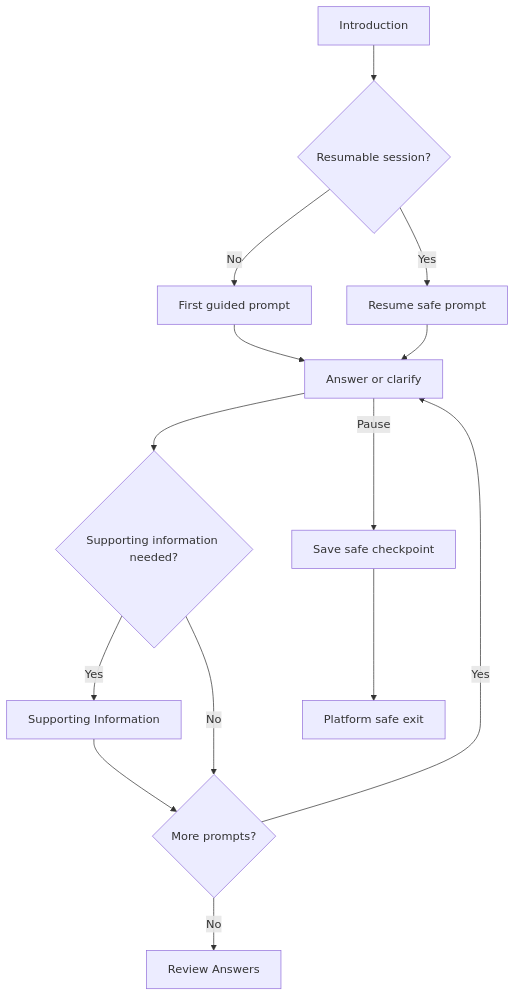
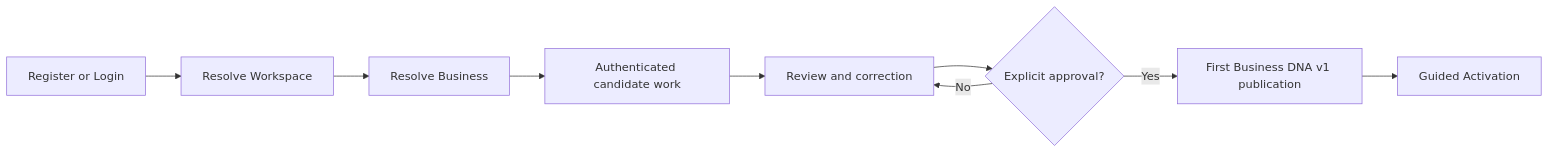
Before and after one commit to Mustafa-1993-commits/nexoraxs-v3: the second of 10 diagrams in docs/03-ui-ux/06-USER-FLOWS.md, drawn with Mermaid. The commit also changed other lines of this file and 23 other files, not shown here.

````diff
--- a/docs/03-ui-ux/06-USER-FLOWS.md
+++ b/docs/03-ui-ux/06-USER-FLOWS.md
@@ -95,16 +60,11 @@
 ```mermaid
-flowchart TD
-    A[Introduction] --> B{Resumable session?}
-    B -->|No| C[First guided prompt]
-    B -->|Yes| D[Resume safe prompt]
-    C --> E[Answer or clarify]
-    D --> E
-    E --> F{Supporting information needed?}
-    F -->|Yes| G[Supporting Information]
-    F -->|No| H{More prompts?}
-    G --> H
-    H -->|Yes| E
-    H -->|No| I[Review Answers]
-    E -->|Pause| J[Save safe checkpoint]
-    J --> K[Platform safe exit]
+flowchart LR
+  A[Register or Login] --> B[Resolve Workspace]
+  B --> C[Resolve Business]
+  C --> D[Authenticated candidate work]
+  D --> E[Review and correction]
+  E --> F{Explicit approval?}
+  F -->|No| E
+  F -->|Yes| G[First Business DNA v1 publication]
+  G --> H[Guided Activation]
 ```
````
